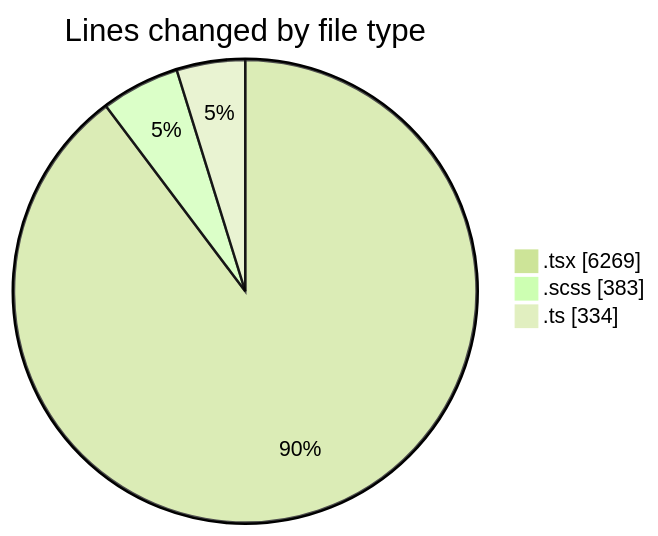
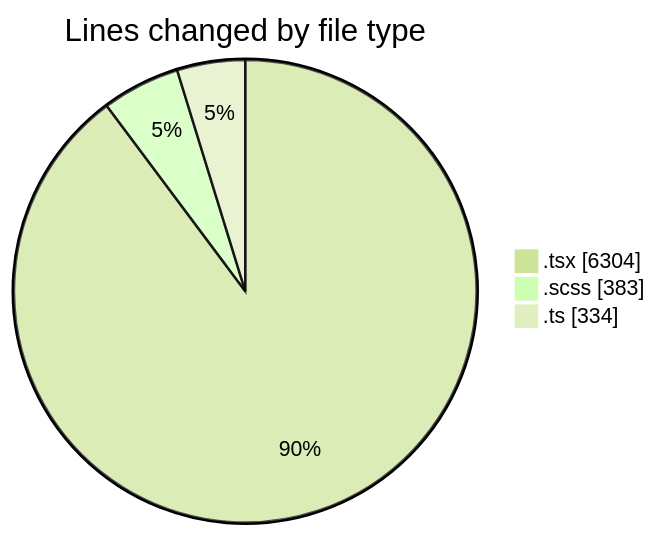
Before and after one commit to momahboobian/code-tracking: the first of 2 diagrams in 2025-07-03/cda/README.md, drawn with Mermaid (forest theme). The commit also changed other lines of this file and 1 other file, not shown here.

````diff
--- a/2025-07-03/cda/README.md
+++ b/2025-07-03/cda/README.md
@@ -40,7 +40,7 @@
 ```mermaid
 pie showData
 title Lines changed by file type
-".tsx" : 6269
+".tsx" : 6304
 ".scss" : 383
 ".ts" : 334
 ```
````
